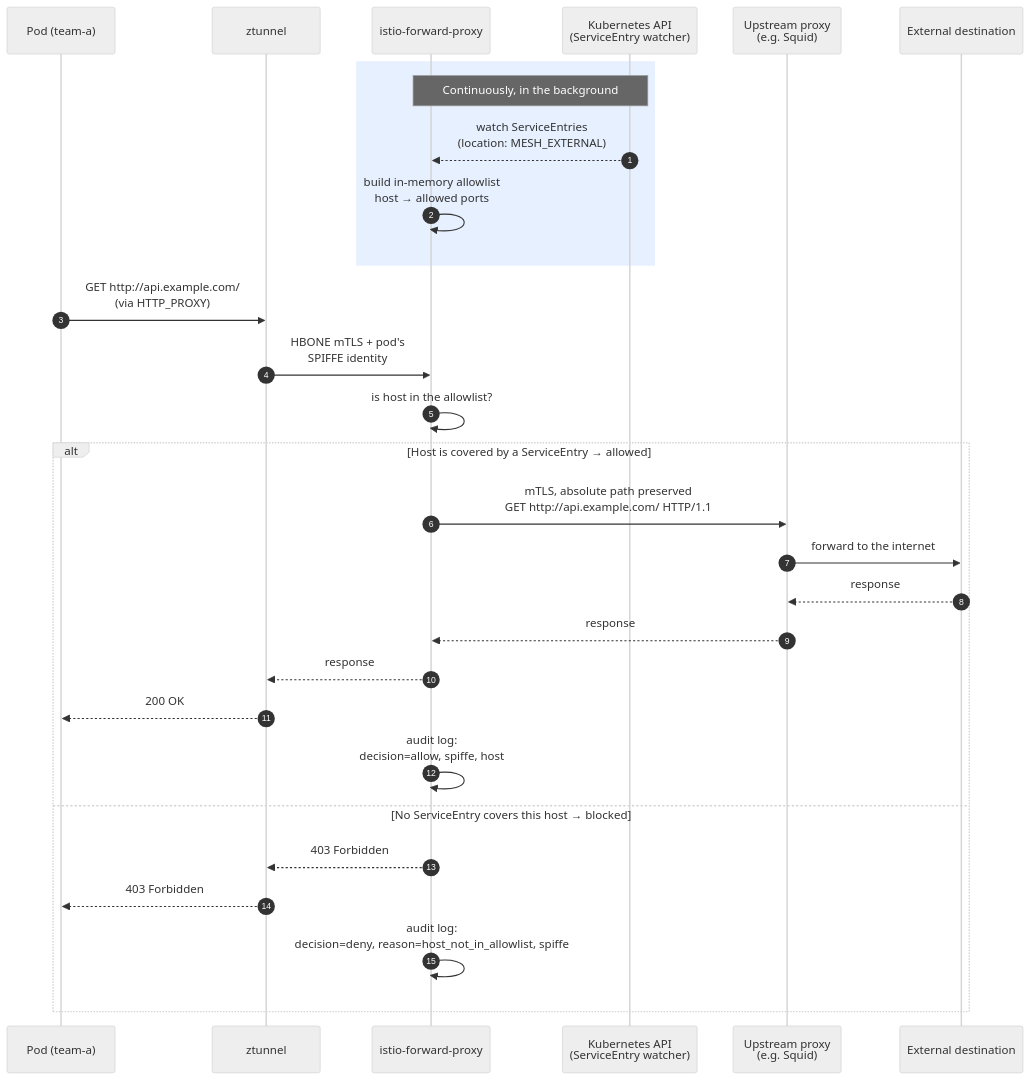
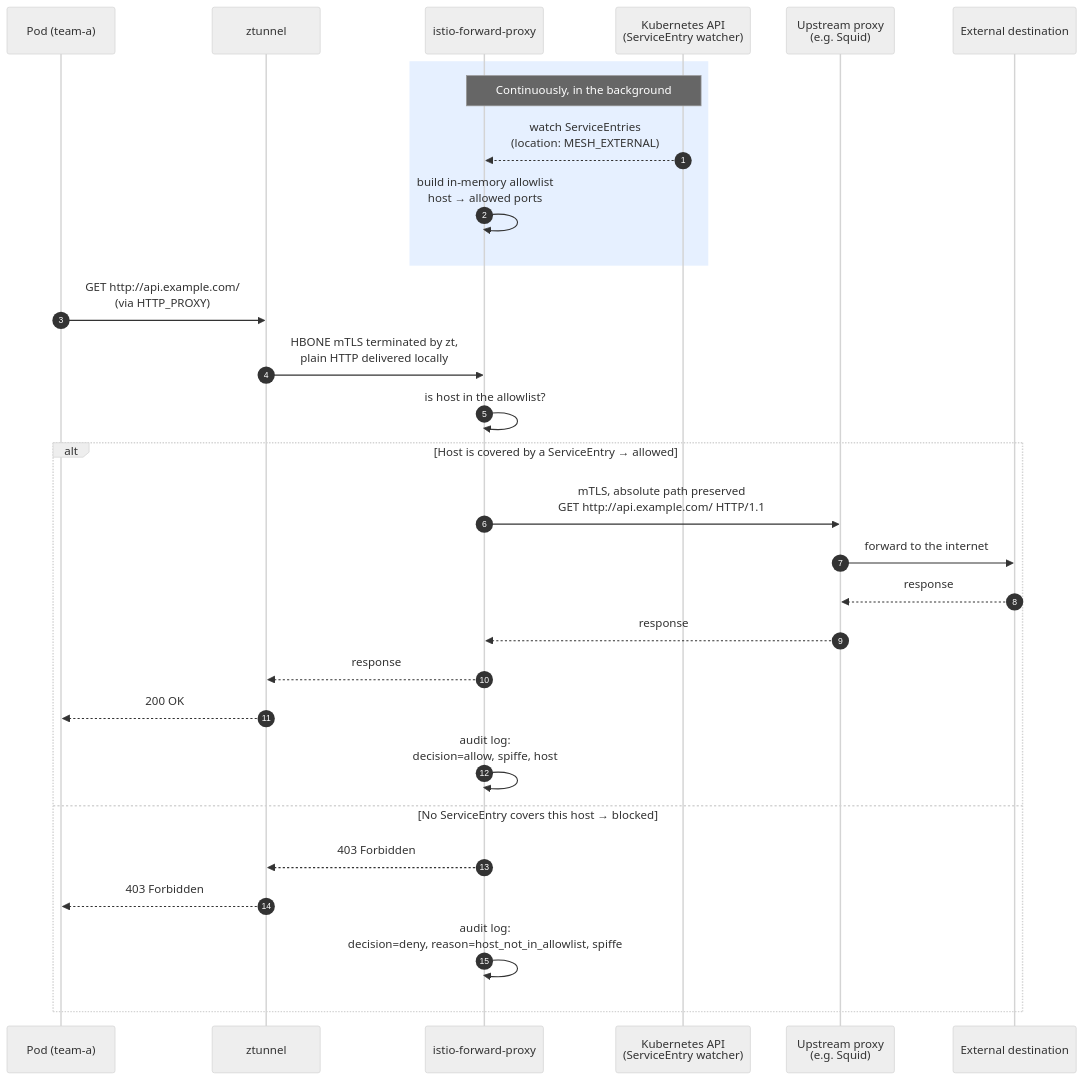
One commit to marckamerbeek/istio-forward-proxy changed the diagram in README.md. Above: the diagram before and after it, drawn with Mermaid (neutral theme). The commit also changed other lines of this file and 6 other files, not shown here.

````diff
--- a/README.md
+++ b/README.md
@@ -63,34 +65,34 @@
 ```mermaid
 sequenceDiagram
     autonumber
     participant Pod as Pod (team-a)
     participant zt as ztunnel
     participant fp as istio-forward-proxy
     participant k8s as Kubernetes API<br/>(ServiceEntry watcher)
     participant up as Upstream proxy<br/>(e.g. Squid)
     participant ext as External destination
 
     rect rgb(230, 240, 255)
     Note over k8s,fp: Continuously, in the background
     k8s-->>fp: watch ServiceEntries<br/>(location: MESH_EXTERNAL)
     fp->>fp: build in-memory allowlist<br/>host → allowed ports
     end
 
     Pod->>zt: GET http://api.example.com/<br/>(via HTTP_PROXY)
-    zt->>fp: HBONE mTLS + pod's<br/>SPIFFE identity
+    zt->>fp: HBONE mTLS terminated by zt,<br/>plain HTTP delivered locally
     fp->>fp: is host in the allowlist?
 
     alt Host is covered by a ServiceEntry → allowed
         fp->>up: mTLS, absolute path preserved<br/>GET http://api.example.com/ HTTP/1.1
         up->>ext: forward to the internet
         ext-->>up: response
         up-->>fp: response
         fp-->>zt: response
         zt-->>Pod: 200 OK
         fp->>fp: audit log:<br/>decision=allow, spiffe, host
     else No ServiceEntry covers this host → blocked
         fp-->>zt: 403 Forbidden
         zt-->>Pod: 403 Forbidden
         fp->>fp: audit log:<br/>decision=deny, reason=host_not_in_allowlist, spiffe
     end
 ```
````
